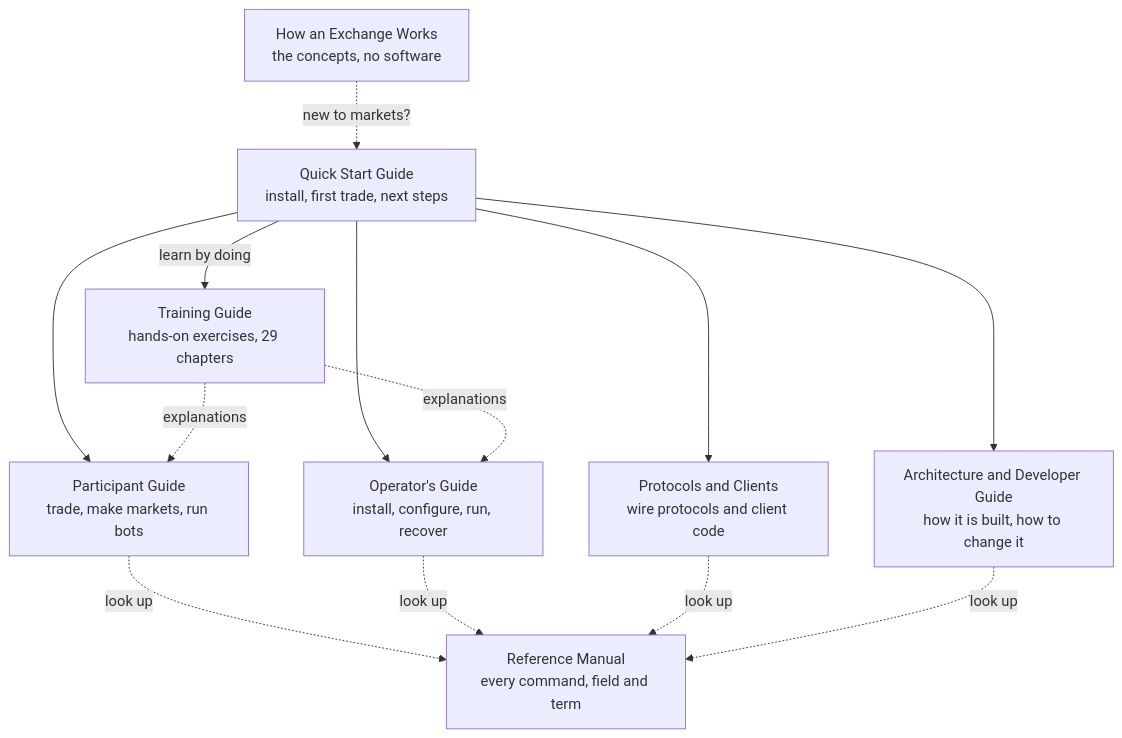
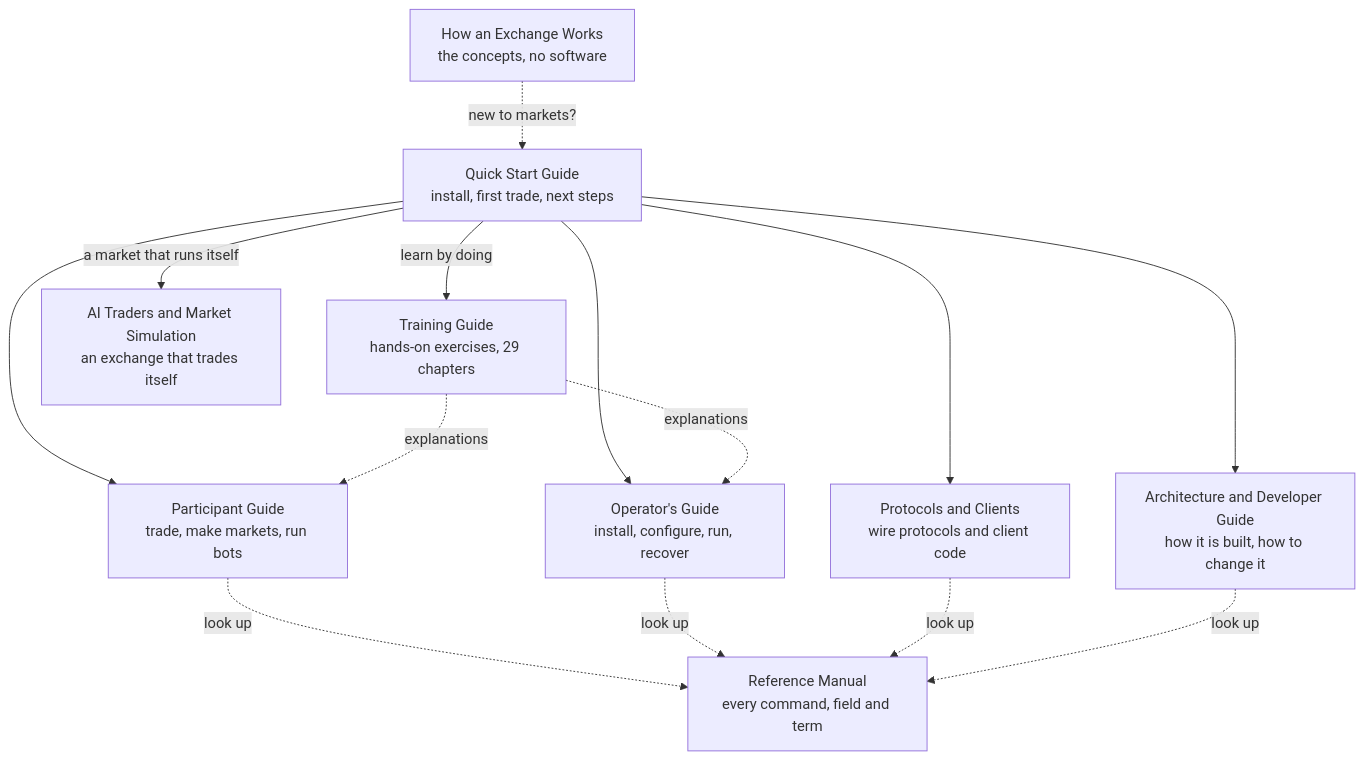
The diagram in docs/books/quick-start/00-front/010-how-to-use-this-book.md (johan162/EduMatcher), drawn with Mermaid before and after one commit. The commit also changed other lines of this file and 87 other files, not shown here.

Commit message:
feat(ai-sim): AI Traders and Market Simulation book, edumatcher-ai-sim image and long-run fixes

````diff
--- a/docs/books/quick-start/00-front/010-how-to-use-this-book.md
+++ b/docs/books/quick-start/00-front/010-how-to-use-this-book.md
@@ -49,24 +49,26 @@
 ```mermaid
 flowchart TD
     B0["How an Exchange Works\nthe concepts, no software"]
     QS["Quick Start Guide\ninstall, first trade, next steps"]
     TG["Training Guide\nhands-on exercises, 29 chapters"]
     PG["Participant Guide\ntrade, make markets, run bots"]
     OG["Operator's Guide\ninstall, configure, run, recover"]
     PC["Protocols and Clients\nwire protocols and client code"]
     AD["Architecture and Developer Guide\nhow it is built, how to change it"]
     RM["Reference Manual\nevery command, field and term"]
+    AI["AI Traders and Market Simulation\nan exchange that trades itself"]
 
     B0 -.->|"new to markets?"| QS
     QS --> PG
     QS --> OG
     QS --> PC
     QS --> AD
     QS -->|"learn by doing"| TG
+    QS -->|"a market that runs itself"| AI
     TG -.->|"explanations"| PG
     TG -.->|"explanations"| OG
     PG -.->|"look up"| RM
     OG -.->|"look up"| RM
     PC -.->|"look up"| RM
     AD -.->|"look up"| RM
 ```
````
